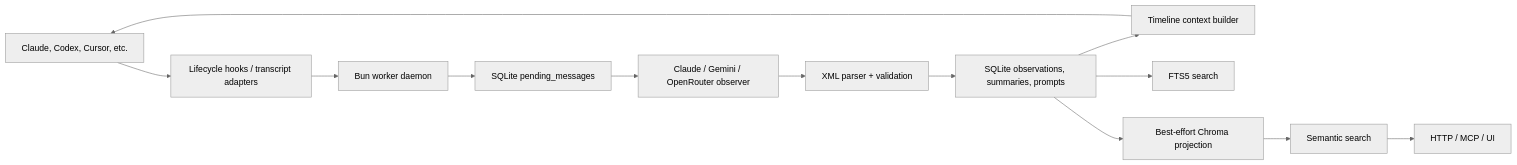
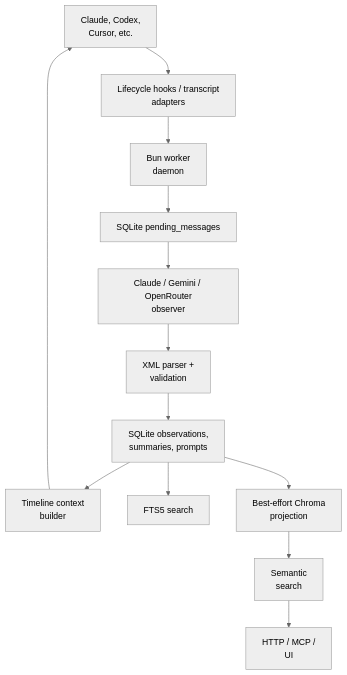
The diagram in content/systems/claude-mem.md (neoneye/agent-memory-atlas), drawn with Mermaid (neutral theme) before and after one commit. The commit also changed 99 other files, not shown here.

First line of the commit message:
Reshape the remaining 49 diagrams so their labels are legible

````diff
--- a/content/systems/claude-mem.md
+++ b/content/systems/claude-mem.md
@@ -78,15 +78,15 @@
 ```mermaid
-flowchart LR
-  Agent["Claude, Codex, Cursor, etc."] --> Hooks["Lifecycle hooks / transcript adapters"]
-  Hooks --> Worker["Bun worker daemon"]
+flowchart TD
+  Agent["Claude, Codex,<br/>Cursor, etc."] --> Hooks["Lifecycle hooks / transcript<br/>adapters"]
+  Hooks --> Worker["Bun worker<br/>daemon"]
   Worker --> Queue["SQLite pending_messages"]
-  Queue --> Observer["Claude / Gemini / OpenRouter observer"]
-  Observer --> Parser["XML parser + validation"]
-  Parser --> SQLite["SQLite observations, summaries, prompts"]
-  SQLite --> Context["Timeline context builder"]
+  Queue --> Observer["Claude / Gemini / OpenRouter<br/>observer"]
+  Observer --> Parser["XML parser +<br/>validation"]
+  Parser --> SQLite["SQLite observations,<br/>summaries, prompts"]
+  SQLite --> Context["Timeline context<br/>builder"]
   SQLite --> FTS["FTS5 search"]
-  SQLite --> Chroma["Best-effort Chroma projection"]
-  Chroma --> Search["Semantic search"]
+  SQLite --> Chroma["Best-effort Chroma<br/>projection"]
+  Chroma --> Search["Semantic<br/>search"]
   Context --> Agent
-  Search --> MCP["HTTP / MCP / UI"]
+  Search --> MCP["HTTP / MCP /<br/>UI"]
 ```
````
